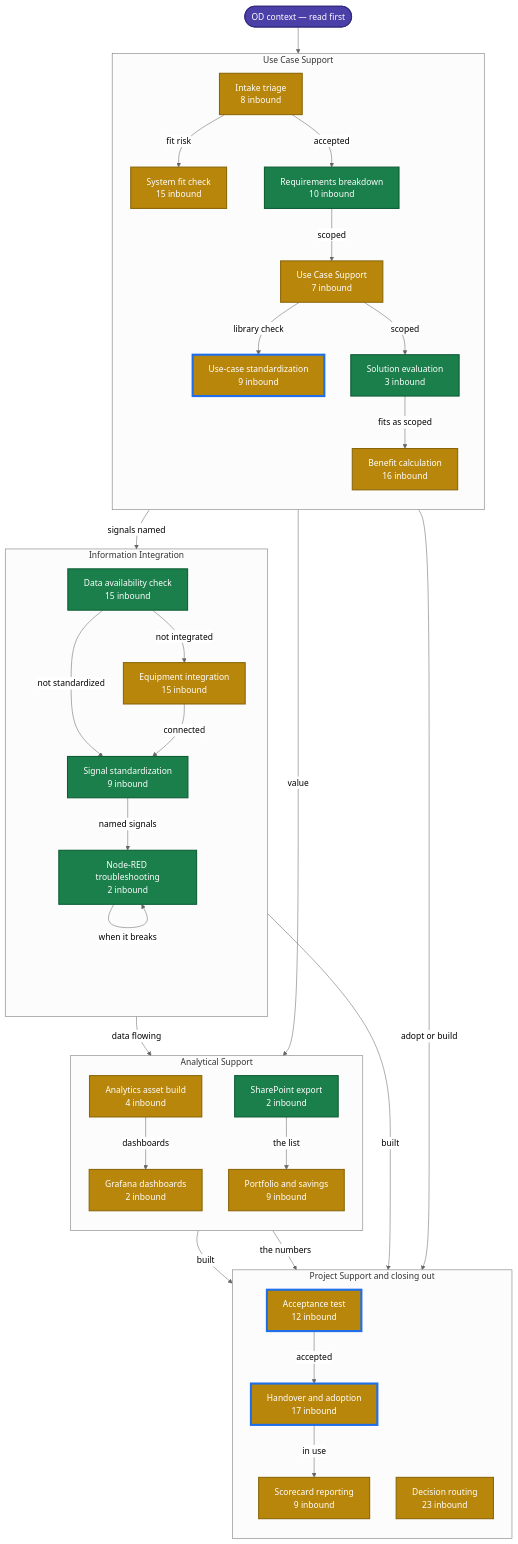
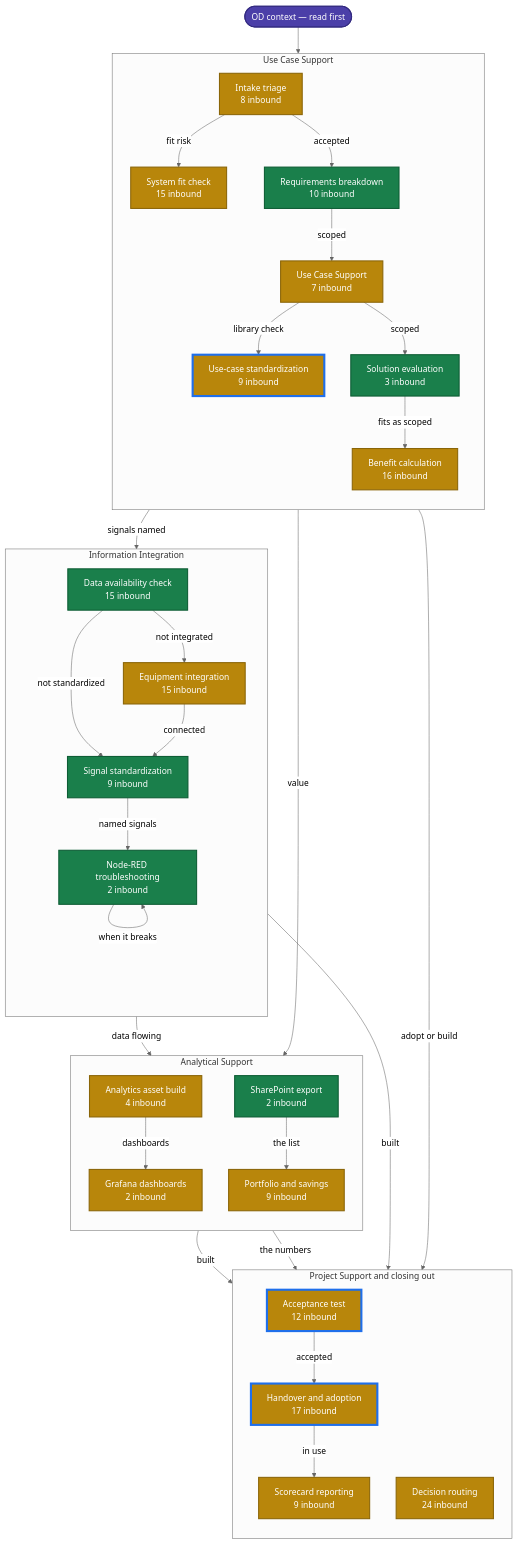
Before and after one commit to ops-digit-io/operations-digitalization-skill-registry: the diagram in docs/skill-state-map.md, drawn with Mermaid (neutral theme). The commit also changed other lines of this file and 22 other files, not shown here.

````diff
--- a/docs/skill-state-map.md
+++ b/docs/skill-state-map.md
@@ -20,69 +20,69 @@
 ```mermaid
 flowchart TD
     ctx(["OD context — read first"])
     subgraph UC["Use Case Support"]
     direction TB
         od_use_case_intake_triage["Intake triage<br/>8 inbound"]
         od_system_fit_check["System fit check<br/>15 inbound"]
         od_requirements_breakdown["Requirements breakdown<br/>10 inbound"]
         od_use_case_definition["Use Case Support<br/>7 inbound"]
         od_use_case_solution_evaluation["Solution evaluation<br/>3 inbound"]
         od_use_case_standardization["Use-case standardization<br/>9 inbound"]
         od_benefit_calculation["Benefit calculation<br/>16 inbound"]
     end
     subgraph II["Information Integration"]
     direction TB
         od_data_availability_check["Data availability check<br/>15 inbound"]
         od_equipment_integration["Equipment integration<br/>15 inbound"]
         od_signal_standardization["Signal standardization<br/>9 inbound"]
         od_node_red_flow_builder["Node-RED troubleshooting<br/>2 inbound"]
         od_node_red_flow_builder["Node-RED troubleshooting<br/>2 inbound"]
     end
     subgraph AS["Analytical Support"]
     direction TB
         od_analytics_asset_build["Analytics asset build<br/>4 inbound"]
         build_grafana_ops_dashboard["Grafana dashboards<br/>2 inbound"]
         od_portfolio_and_savings_analysis["Portfolio and savings<br/>9 inbound"]
         od_sharepoint_list_export["SharePoint export<br/>2 inbound"]
     end
     subgraph PS["Project Support and closing out"]
     direction TB
         od_acceptance_test["Acceptance test<br/>12 inbound"]
         od_handover_and_adoption["Handover and adoption<br/>17 inbound"]
         od_scorecard_reporting["Scorecard reporting<br/>9 inbound"]
-        od_decision_routing["Decision routing<br/>23 inbound"]
+        od_decision_routing["Decision routing<br/>24 inbound"]
     end
     od_use_case_intake_triage -->|fit risk| od_system_fit_check
     od_use_case_intake_triage -->|accepted| od_requirements_breakdown
     od_requirements_breakdown -->|scoped| od_use_case_definition
     od_requirements_breakdown -->|signals named| od_data_availability_check
     od_use_case_definition -->|library check| od_use_case_standardization
     od_use_case_definition -->|scoped| od_use_case_solution_evaluation
     od_use_case_solution_evaluation -->|fits as scoped| od_benefit_calculation
     od_data_availability_check -->|not integrated| od_equipment_integration
     od_data_availability_check -->|not standardized| od_signal_standardization
     od_equipment_integration -->|connected| od_signal_standardization
     od_signal_standardization -->|named signals| od_node_red_flow_builder
     od_node_red_flow_builder -->|when it breaks| od_node_red_flow_builder
     od_node_red_flow_builder -->|data flowing| od_analytics_asset_build
     od_analytics_asset_build -->|dashboards| build_grafana_ops_dashboard
     od_analytics_asset_build -->|built| od_acceptance_test
     od_node_red_flow_builder -->|built| od_acceptance_test
     od_acceptance_test -->|accepted| od_handover_and_adoption
     od_handover_and_adoption -->|in use| od_scorecard_reporting
     od_benefit_calculation -->|value| od_portfolio_and_savings_analysis
     od_sharepoint_list_export -->|the list| od_portfolio_and_savings_analysis
     od_portfolio_and_savings_analysis -->|the numbers| od_scorecard_reporting
     od_use_case_standardization -->|adopt or build| od_decision_routing
     ctx --> od_use_case_intake_triage
 
     classDef deep fill:#1a7f4b,stroke:#0d5c34,color:#ffffff,stroke-width:2px;
     classDef documented fill:#b8860b,stroke:#8a6508,color:#ffffff,stroke-width:2px;
     classDef stub fill:#e8e8e8,stroke:#9a9a9a,color:#333333,stroke-dasharray:4 3;
     classDef nxt stroke:#1f6feb,stroke-width:4px;
     classDef ctx fill:#4b3fa8,stroke:#332a80,color:#ffffff,stroke-width:2px;
     class od_requirements_breakdown,od_use_case_solution_evaluation,od_data_availability_check,od_sharepoint_list_export,od_signal_standardization,od_node_red_flow_builder deep;
     class od_use_case_intake_triage,od_system_fit_check,od_use_case_definition,od_benefit_calculation,od_use_case_standardization,od_equipment_integration,od_acceptance_test,od_handover_and_adoption,od_analytics_asset_build,od_scorecard_reporting,od_portfolio_and_savings_analysis,od_decision_routing,build_grafana_ops_dashboard documented;
     class od_acceptance_test,od_use_case_standardization,od_handover_and_adoption nxt;
     class ctx ctx;
 ```
````
